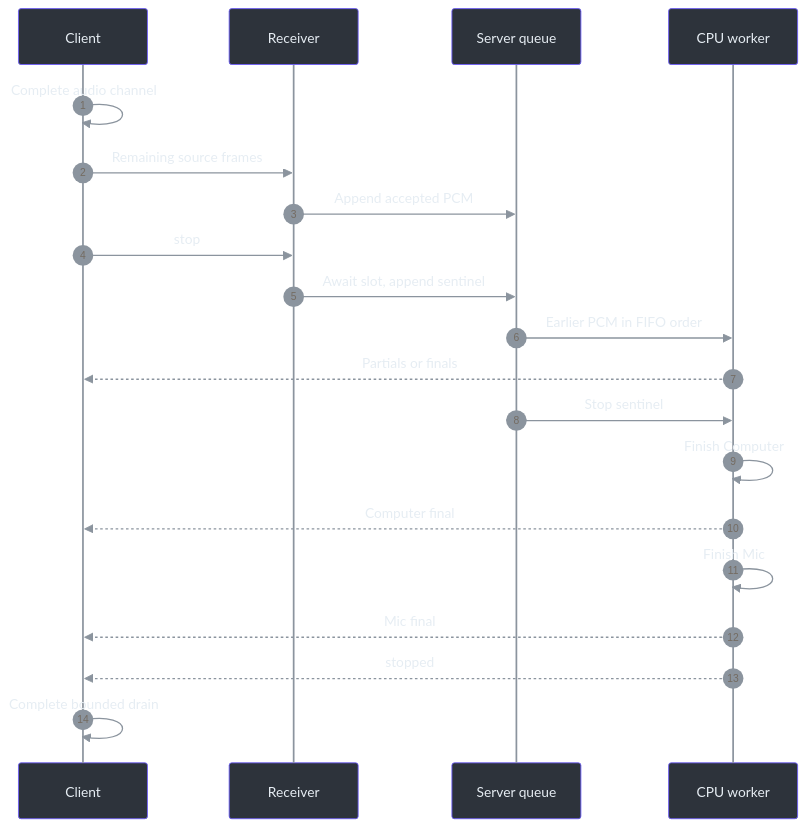
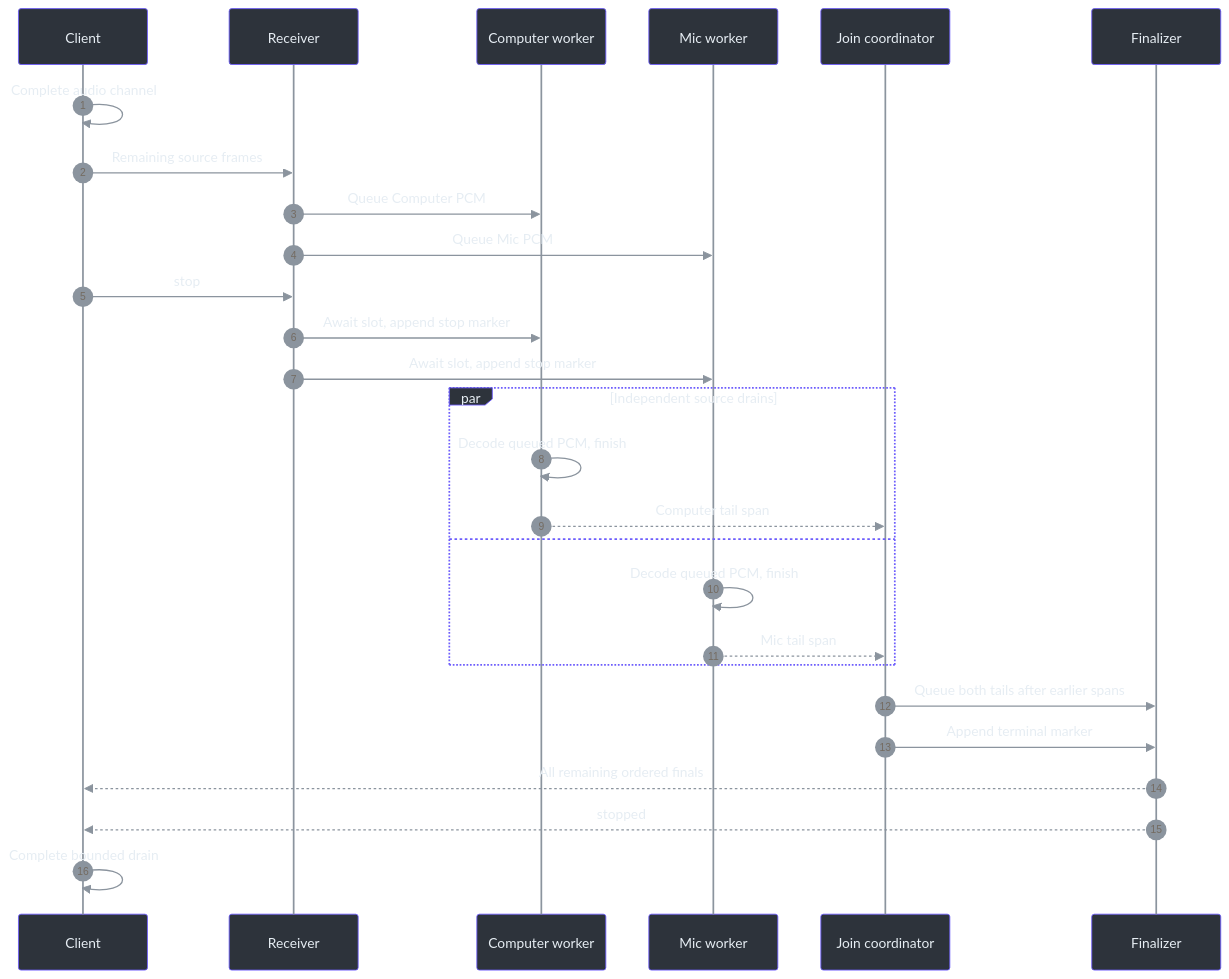
The diagram in docs/handbook/assets/diagrams/08-streaming-protocol-02.mmd (Zanark/phantom-fudge), drawn with Mermaid before and after one commit. The commit also changed 371 other files, not shown here.

```diff
--- a/docs/handbook/assets/diagrams/08-streaming-protocol-02.mmd
+++ b/docs/handbook/assets/diagrams/08-streaming-protocol-02.mmd
@@ -1,25 +1,32 @@
 ---
 config: {"theme":"base","themeVariables":{"primaryColor":"#2d333b","primaryBorderColor":"#6d5dfc","primaryTextColor":"#e6edf3","lineColor":"#8b949e","actorBkg":"#2d333b","actorBorder":"#6d5dfc","actorTextColor":"#e6edf3","actorLineColor":"#8b949e","signalColor":"#8b949e","signalTextColor":"#e6edf3","noteBkgColor":"#161b22","noteBorderColor":"#30363d","noteTextColor":"#e6edf3"}}
 ---
 sequenceDiagram
     accTitle: Stop cannot overtake accepted PCM
-    accDescr: The client drains sends, the server queues a sentinel, and both source tails precede stopped.
+    accDescr: Stop follows accepted PCM in both source queues, both worker tails join the finalizer queue, and its terminal marker follows every final.
     autonumber
     participant C as Client
     participant R as Receiver
-    participant Q as Server queue
-    participant W as CPU worker
+    participant W as Computer worker
+    participant M as Mic worker
+    participant J as Join coordinator
+    participant F as Finalizer
     C->>C: Complete audio channel
     C->>R: Remaining source frames
-    R->>Q: Append accepted PCM
+    R->>W: Queue Computer PCM
+    R->>M: Queue Mic PCM
     C->>R: stop
-    R->>Q: Await slot, append sentinel
-    Q->>W: Earlier PCM in FIFO order
-    W-->>C: Partials or finals
-    Q->>W: Stop sentinel
-    W->>W: Finish Computer
-    W-->>C: Computer final
-    W->>W: Finish Mic
-    W-->>C: Mic final
-    W-->>C: stopped
+    R->>W: Await slot, append stop marker
+    R->>M: Await slot, append stop marker
+    par Independent source drains
+        W->>W: Decode queued PCM, finish
+        W-->>J: Computer tail span
+    and
+        M->>M: Decode queued PCM, finish
+        M-->>J: Mic tail span
+    end
+    J->>F: Queue both tails after earlier spans
+    J->>F: Append terminal marker
+    F-->>C: All remaining ordered finals
+    F-->>C: stopped
     C->>C: Complete bounded drain
```
